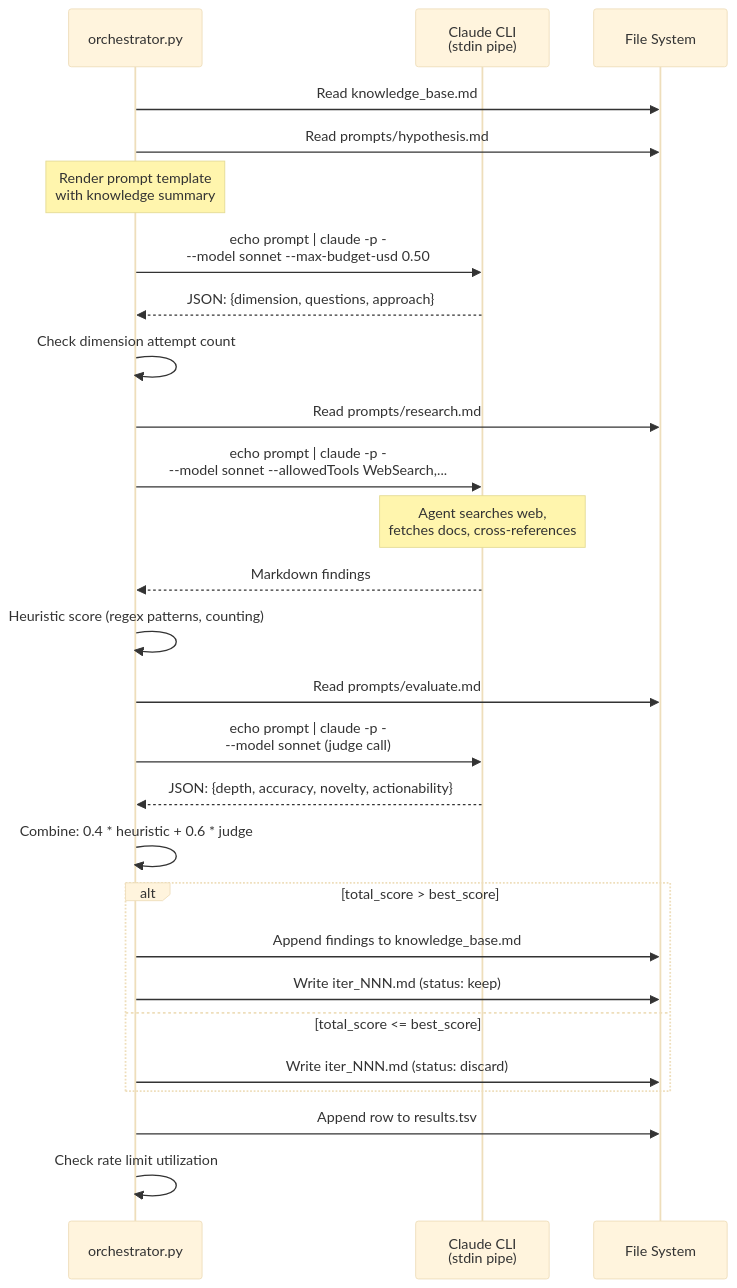
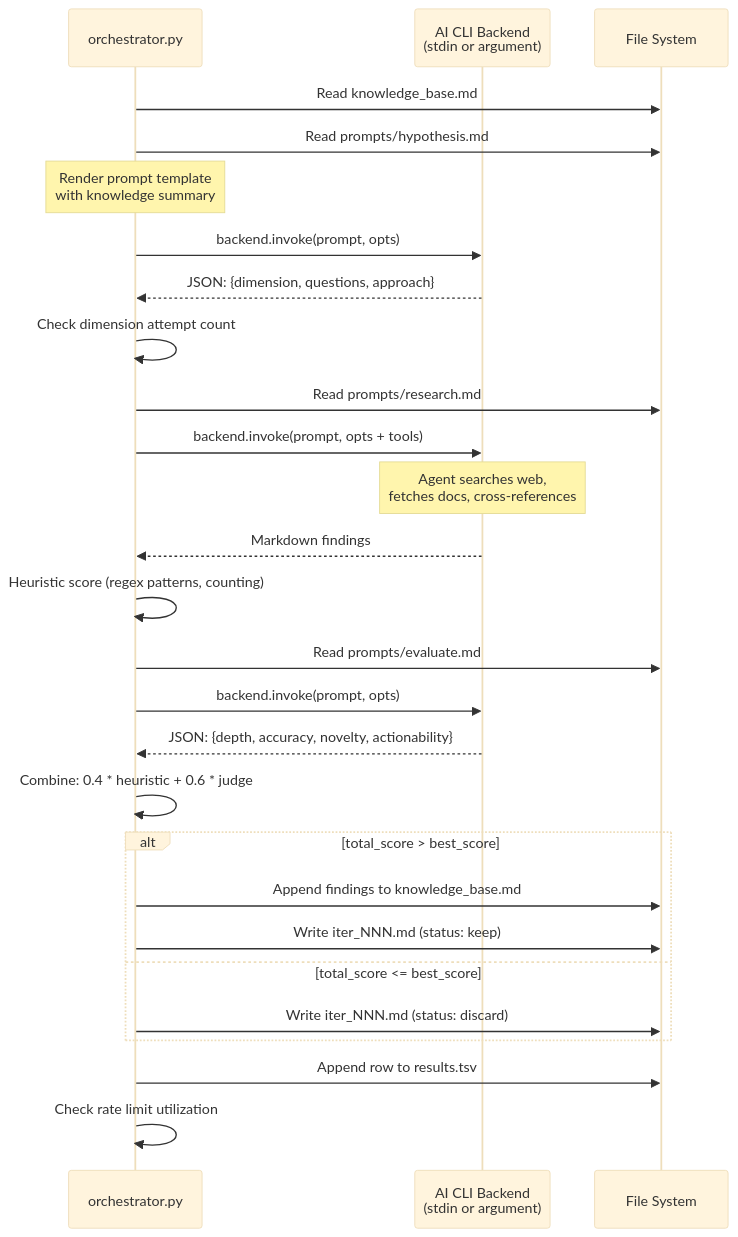
The second of 4 diagrams in README.md (josefigueredo/auto-research), drawn with Mermaid (base theme) before and after one commit. The commit also changed other lines of this file and 1 other file, not shown here.

First line of the commit message:
docs: add model reference per backend, update README for multi-backend

````diff
--- a/README.md
+++ b/README.md
@@ -87,39 +87,39 @@
 ```mermaid
 sequenceDiagram
     participant O as orchestrator.py
-    participant C as Claude CLI<br>(stdin pipe)
+    participant C as AI CLI Backend<br>(stdin or argument)
     participant FS as File System
 
     O->>FS: Read knowledge_base.md
     O->>FS: Read prompts/hypothesis.md
 
     Note over O: Render prompt template<br>with knowledge summary
 
-    O->>C: echo prompt | claude -p -<br>--model sonnet --max-budget-usd 0.50
+    O->>C: backend.invoke(prompt, opts)
     C-->>O: JSON: {dimension, questions, approach}
 
     O->>O: Check dimension attempt count
 
     O->>FS: Read prompts/research.md
-    O->>C: echo prompt | claude -p -<br>--model sonnet --allowedTools WebSearch,...
+    O->>C: backend.invoke(prompt, opts + tools)
     Note over C: Agent searches web,<br>fetches docs, cross-references
     C-->>O: Markdown findings
 
     O->>O: Heuristic score (regex patterns, counting)
 
     O->>FS: Read prompts/evaluate.md
-    O->>C: echo prompt | claude -p -<br>--model sonnet (judge call)
+    O->>C: backend.invoke(prompt, opts)
     C-->>O: JSON: {depth, accuracy, novelty, actionability}
 
     O->>O: Combine: 0.4 * heuristic + 0.6 * judge
 
     alt total_score > best_score
         O->>FS: Append findings to knowledge_base.md
         O->>FS: Write iter_NNN.md (status: keep)
     else total_score <= best_score
         O->>FS: Write iter_NNN.md (status: discard)
     end
 
     O->>FS: Append row to results.tsv
     O->>O: Check rate limit utilization
 ```
````
